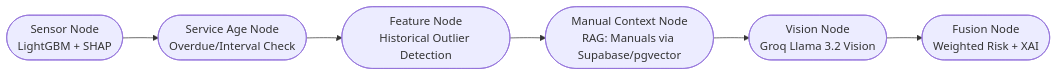
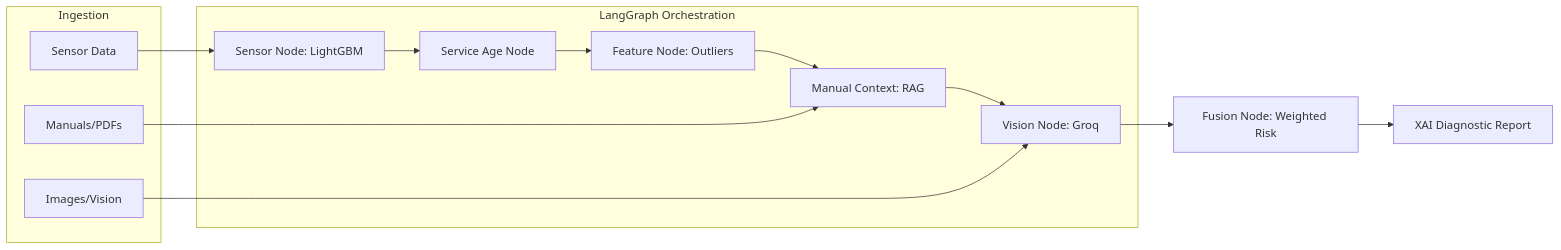
The diagram in README.md (Murthypsty0419/Multi-Modal-Predictive-Maintenance-Agent), drawn with Mermaid before and after one commit. The commit also changed other lines of this file, not shown here.

Commit message:
Revise flowchart

````diff
--- a/README.md
+++ b/README.md
@@ -23,9 +23,29 @@
 ```mermaid
-flowchart LR
-	sensor_node(["Sensor Node\nLightGBM + SHAP"]) 
-	--> service_age_node(["Service Age Node\nOverdue/Interval Check"]) 
-	--> feature_node(["Feature Node\nHistorical Outlier Detection"]) 
-	--> manual_context_node(["Manual Context Node\nRAG: Manuals via Supabase/pgvector"]) 
-	--> vision_node(["Vision Node\nGroq Llama 3.2 Vision"]) 
-	--> fusion_node(["Fusion Node\nWeighted Risk + XAI"])
+graph LR
+    subgraph Ingestion
+    A[Sensor Data]
+    B[Manuals/PDFs]
+    C[Images/Vision]
+    end
+
+    subgraph LangGraph Orchestration
+    D[Sensor Node: LightGBM]
+    E[Service Age Node]
+    F[Feature Node: Outliers]
+    G[Manual Context: RAG]
+    H[Vision Node: Groq]
+    end
+
+    I[Fusion Node: Weighted Risk]
+    J[XAI Diagnostic Report]
+
+    A --> D
+    D --> E
+    E --> F
+    F --> G
+    B --> G
+    G --> H
+    C --> H
+    H --> I
+    I --> J
 ```
````
